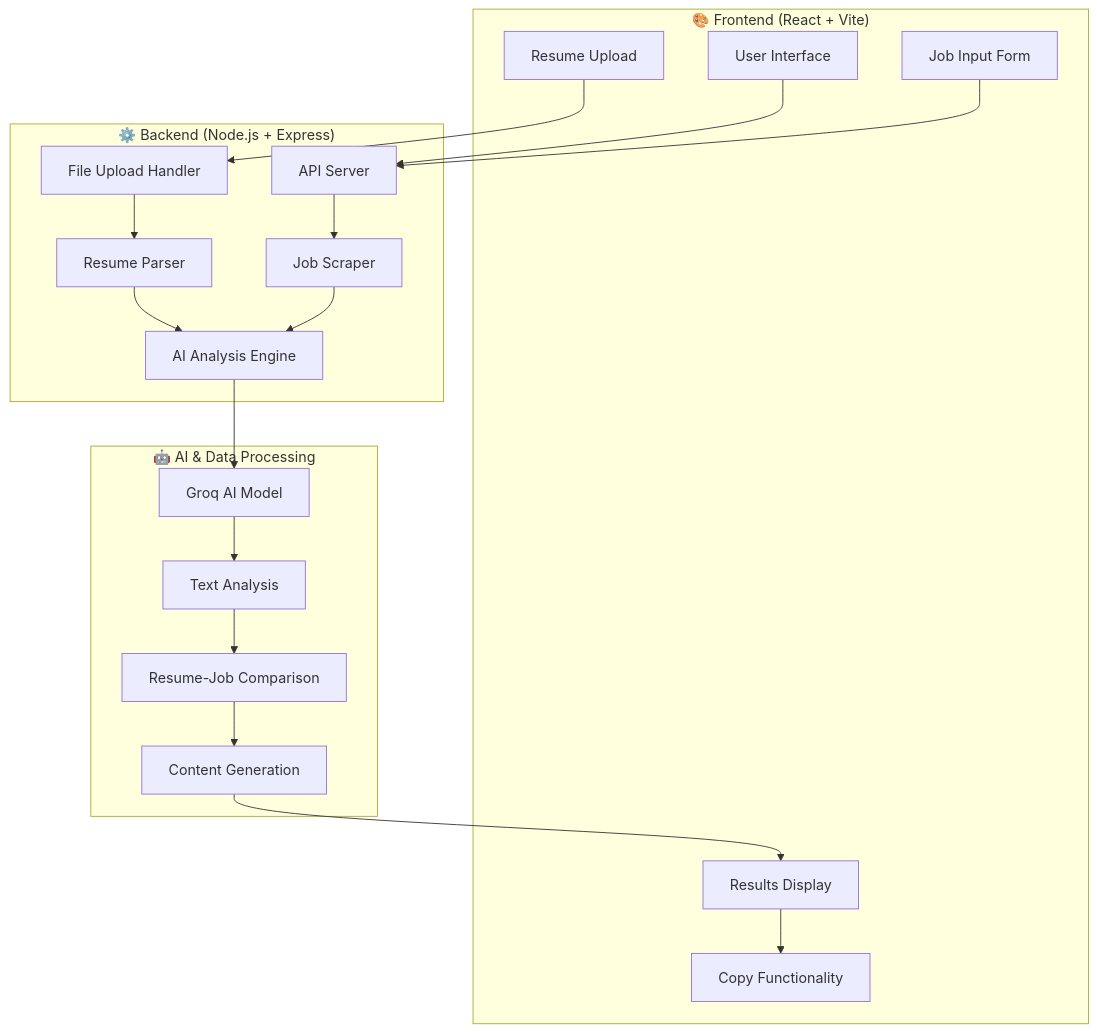
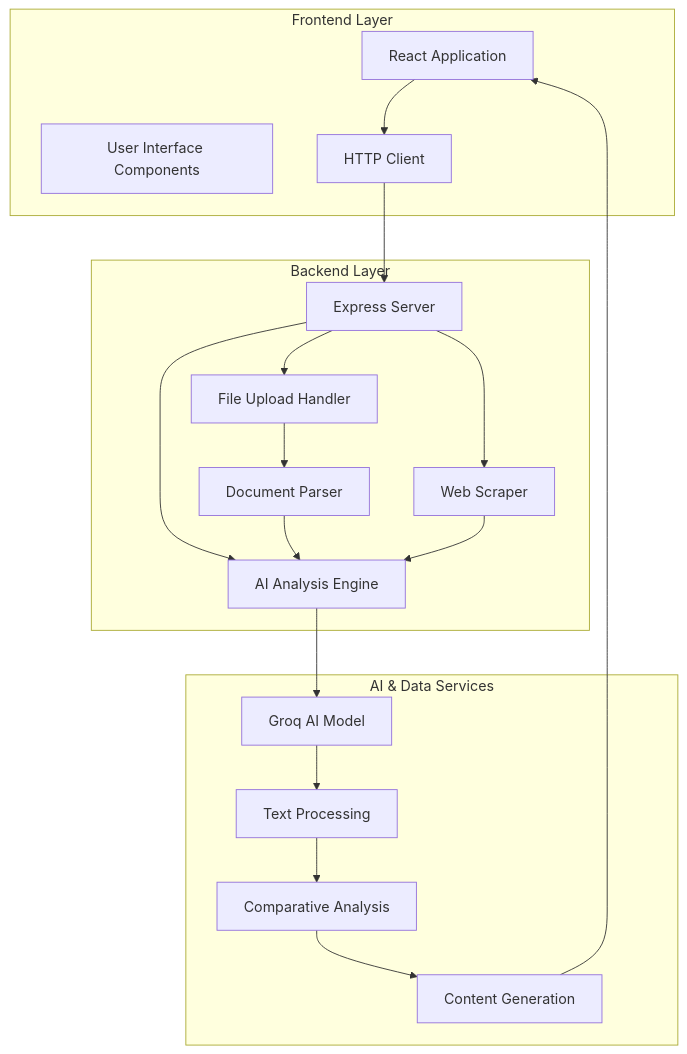
Before and after one commit to Akkii88/ApplyGenie.AI-JobApplicationAgent: the first of 2 diagrams in README.md, drawn with Mermaid. The commit also changed other lines of this file, not shown here.

````diff
--- a/README.md
+++ b/README.md
@@ -40,39 +35,37 @@
 ```mermaid
 graph TB
-    subgraph "🎨 Frontend (React + Vite)"
-        A[User Interface]
-        B[Resume Upload]
-        C[Job Input Form]
-        D[Results Display]
-        E[Copy Functionality]
+    subgraph "Frontend Layer"
+        UI[React Application]
+        UX[User Interface Components]
+        API[HTTP Client]
     end
     
-    subgraph "⚙️ Backend (Node.js + Express)"
-        F[API Server]
-        G[File Upload Handler]
-        H[Resume Parser]
-        I[Job Scraper]
-        J[AI Analysis Engine]
+    subgraph "Backend Layer"  
+        SVR[Express Server]
+        UPL[File Upload Handler]
+        PRS[Document Parser]
+        SCR[Web Scraper]
+        AI[AI Analysis Engine]
     end
     
-    subgraph "🤖 AI & Data Processing"
-        K[Groq AI Model]
-        L[Text Analysis]
-        M[Resume-Job Comparison]
-        N[Content Generation]
+    subgraph "AI & Data Services"
+        GRQ[Groq AI Model]
+        TXT[Text Processing]
+        CMP[Comparative Analysis]
+        GEN[Content Generation]
     end
     
-    A --> F
-    B --> G
-    C --> F
-    G --> H
-    F --> I
-    H --> J
-    I --> J
-    J --> K
-    K --> L
-    L --> M
-    M --> N
-    N --> D
-    D --> E
+    UI --> API
+    API --> SVR
+    SVR --> UPL
+    SVR --> SCR
+    SVR --> AI
+    UPL --> PRS
+    PRS --> AI
+    SCR --> AI
+    AI --> GRQ
+    GRQ --> TXT
+    TXT --> CMP
+    CMP --> GEN
+    GEN --> UI
 ```
````
